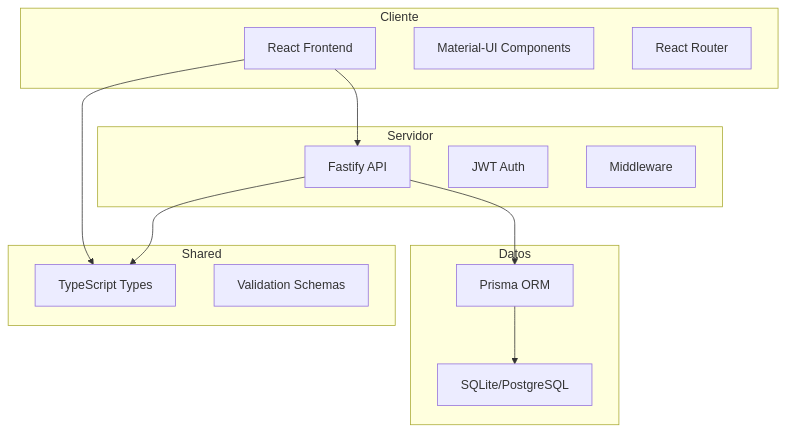
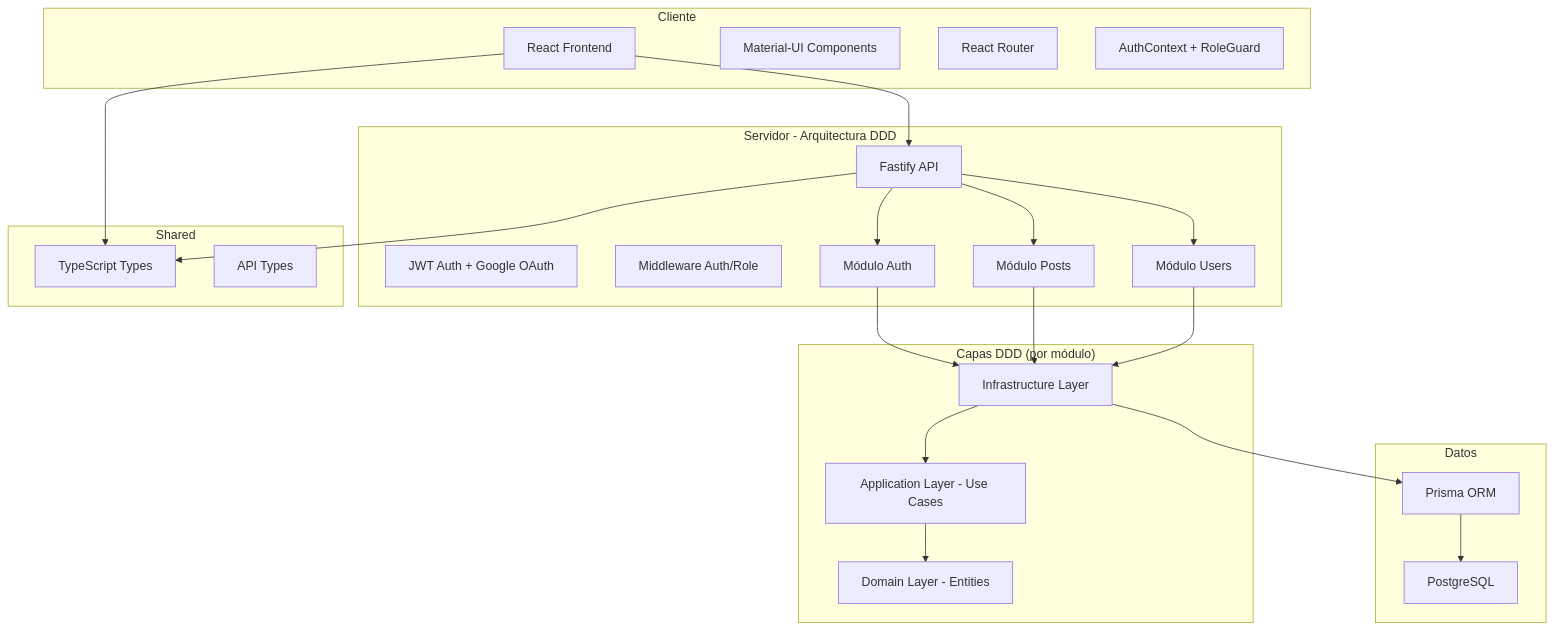
Before and after one commit to Aespartal/social-network-app: the first of 4 diagrams in docs/architecture/overview.md, drawn with Mermaid. The commit also changed other lines of this file and 197 other files, not shown here.

````diff
--- a/docs/architecture/overview.md
+++ b/docs/architecture/overview.md
@@ -9,31 +9,49 @@
 ```mermaid
 graph TB
     subgraph "Cliente"
         A[React Frontend]
         B[Material-UI Components]
         C[React Router]
+        D[AuthContext + RoleGuard]
     end
     
-    subgraph "Servidor"
-        D[Fastify API]
-        E[JWT Auth]
-        F[Middleware]
+    subgraph "Servidor - Arquitectura DDD"
+        E[Fastify API]
+        F[JWT Auth + Google OAuth]
+        G[Middleware Auth/Role]
+        H[Módulo Auth]
+        I[Módulo Posts]
+        J[Módulo Users]
+    end
+    
+    subgraph "Capas DDD (por módulo)"
+        K[Infrastructure Layer]
+        L[Application Layer - Use Cases]
+        M[Domain Layer - Entities]
     end
     
     subgraph "Datos"
-        G[Prisma ORM]
-        H[SQLite/PostgreSQL]
+        N[Prisma ORM]
+        O[PostgreSQL]
     end
     
-    A --> D
-    D --> G
-    G --> H
+    A --> E
+    E --> H
+    E --> I
+    E --> J
+    H --> K
+    I --> K
+    J --> K
+    K --> L
+    L --> M
+    K --> N
+    N --> O
     
     subgraph "Shared"
-        I[TypeScript Types]
-        J[Validation Schemas]
+        P[TypeScript Types]
+        Q[API Types]
     end
     
-    A --> I
-    D --> I
+    A --> P
+    E --> P
 ```
````
